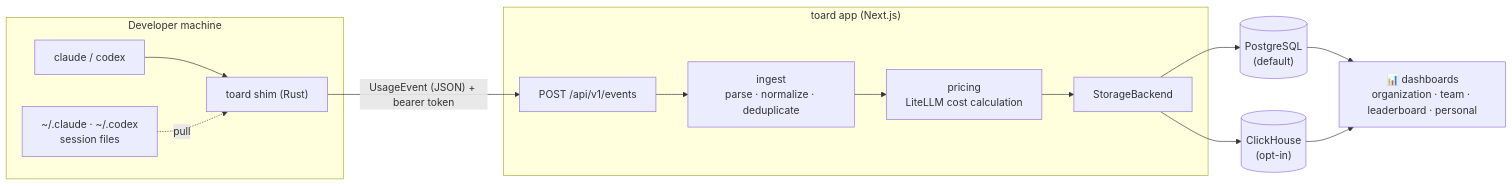
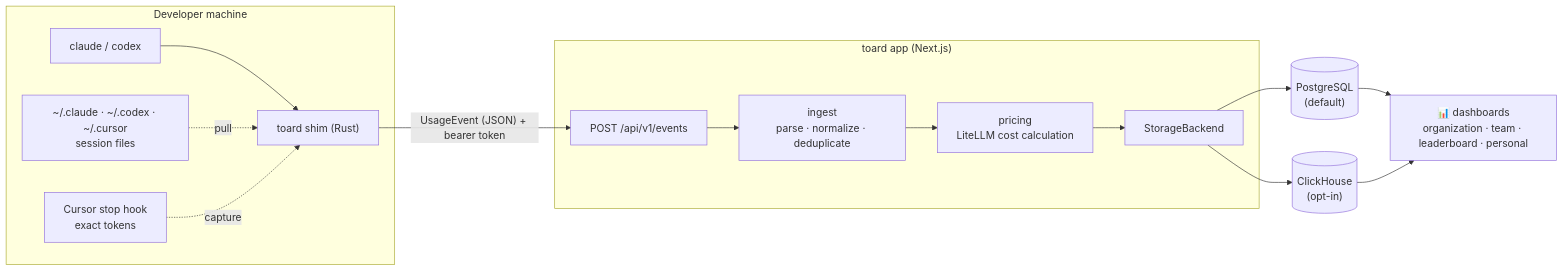
Before and after one commit to devy1540/toard: the diagram in README.md, drawn with Mermaid. The commit also changed other lines of this file and 23 other files, not shown here.

Commit message:
feat(shim): Cursor 수집 범위 확장

````diff
--- a/README.md
+++ b/README.md
@@ -44,17 +44,18 @@
 ```mermaid
 flowchart LR
     subgraph dev["Developer machine"]
         CLI["claude / codex"] --> SHIM["toard shim (Rust)"]
-        FILES["~/.claude · ~/.codex<br/>session files"] -. "pull" .-> SHIM
+        FILES["~/.claude · ~/.codex · ~/.cursor<br/>session files"] -. "pull" .-> SHIM
+        CURSOR["Cursor stop hook<br/>exact tokens"] -. "capture" .-> SHIM
     end
     SHIM -- "UsageEvent (JSON) + bearer token" --> API["POST /api/v1/events"]
     subgraph app["toard app (Next.js)"]
         API --> INGEST["ingest<br/>parse · normalize · deduplicate"]
         INGEST --> PRICE["pricing<br/>LiteLLM cost calculation"]
         PRICE --> SB["StorageBackend"]
     end
     SB --> PG[("PostgreSQL<br/>(default)")]
     SB --> CH[("ClickHouse<br/>(opt-in)")]
     PG --> DASH["📊 dashboards<br/>organization · team · leaderboard · personal"]
     CH --> DASH
 ```
````
